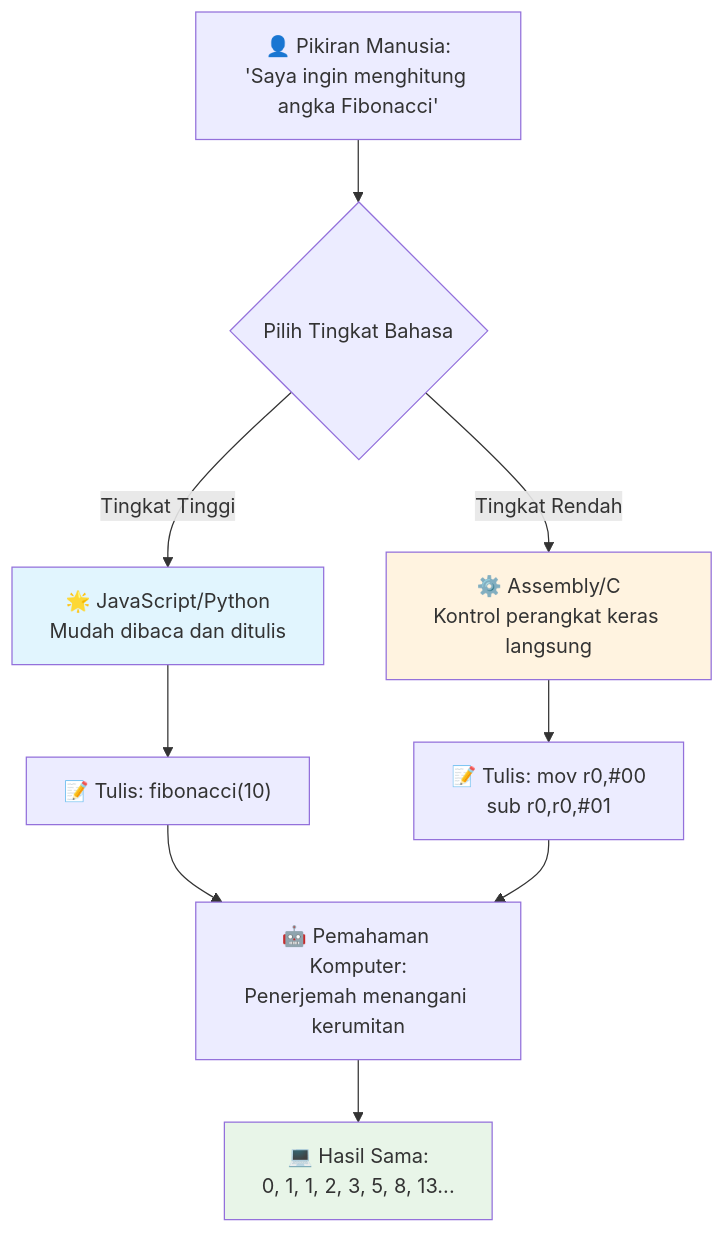
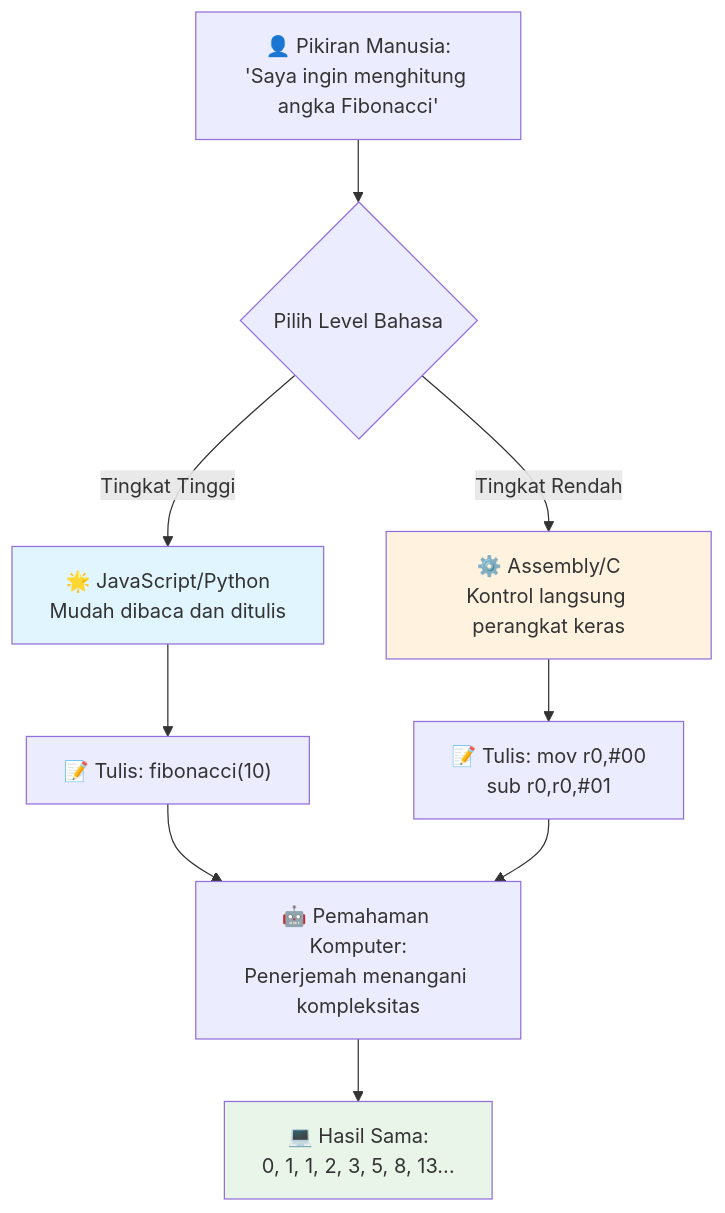
The third of 7 diagrams in translations/id/1-getting-started-lessons/1-intro-to-programming-languages/README.md (microsoft/Web-Dev-For-Beginners), drawn with Mermaid before and after one commit. The commit also changed other lines of this file and 8 other files, not shown here.

````diff
--- a/translations/id/1-getting-started-lessons/1-intro-to-programming-languages/README.md
+++ b/translations/id/1-getting-started-lessons/1-intro-to-programming-languages/README.md
@@ -147,19 +148,19 @@
 ```mermaid
 flowchart TB
-    A["👤 Pikiran Manusia:<br/>'Saya ingin menghitung angka Fibonacci'"] --> B{Pilih Tingkat Bahasa}
+    A["👤 Pikiran Manusia:<br/>'Saya ingin menghitung angka Fibonacci'"] --> B{Pilih Level Bahasa}
     
     B -->|Tingkat Tinggi| C["🌟 JavaScript/Python<br/>Mudah dibaca dan ditulis"]
-    B -->|Tingkat Rendah| D["⚙️ Assembly/C<br/>Kontrol perangkat keras langsung"]
+    B -->|Tingkat Rendah| D["⚙️ Assembly/C<br/>Kontrol langsung perangkat keras"]
     
     C --> E["📝 Tulis: fibonacci(10)"]
     D --> F["📝 Tulis: mov r0,#00<br/>sub r0,r0,#01"]
     
-    E --> G["🤖 Pemahaman Komputer:<br/>Penerjemah menangani kerumitan"]
+    E --> G["🤖 Pemahaman Komputer:<br/>Penerjemah menangani kompleksitas"]
     F --> G
     
     G --> H["💻 Hasil Sama:<br/>0, 1, 1, 2, 3, 5, 8, 13..."]
     
     style C fill:#e1f5fe
     style D fill:#fff3e0
     style H fill:#e8f5e8
 ```
````
